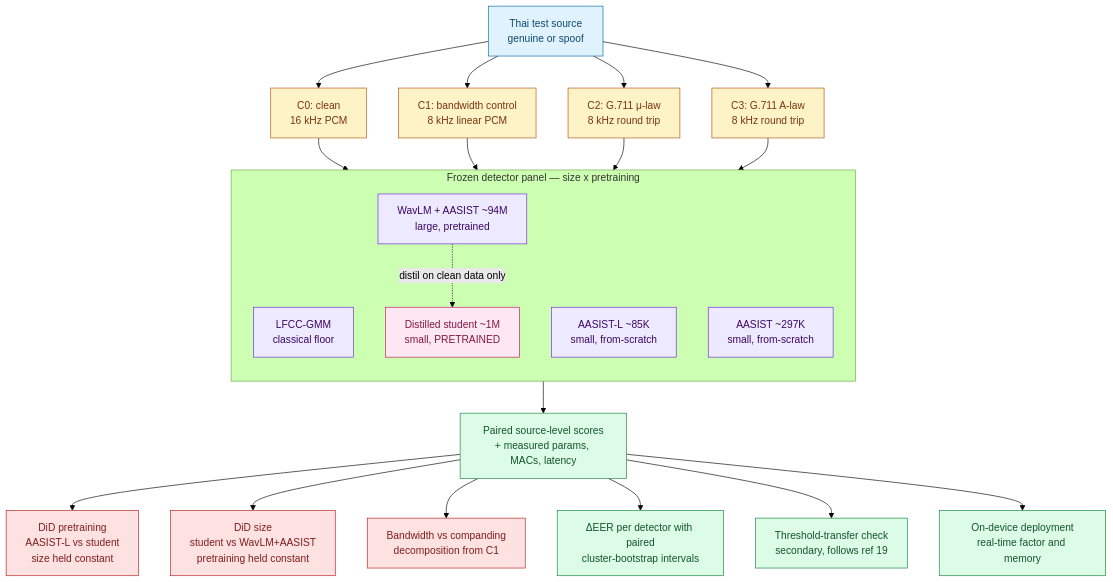
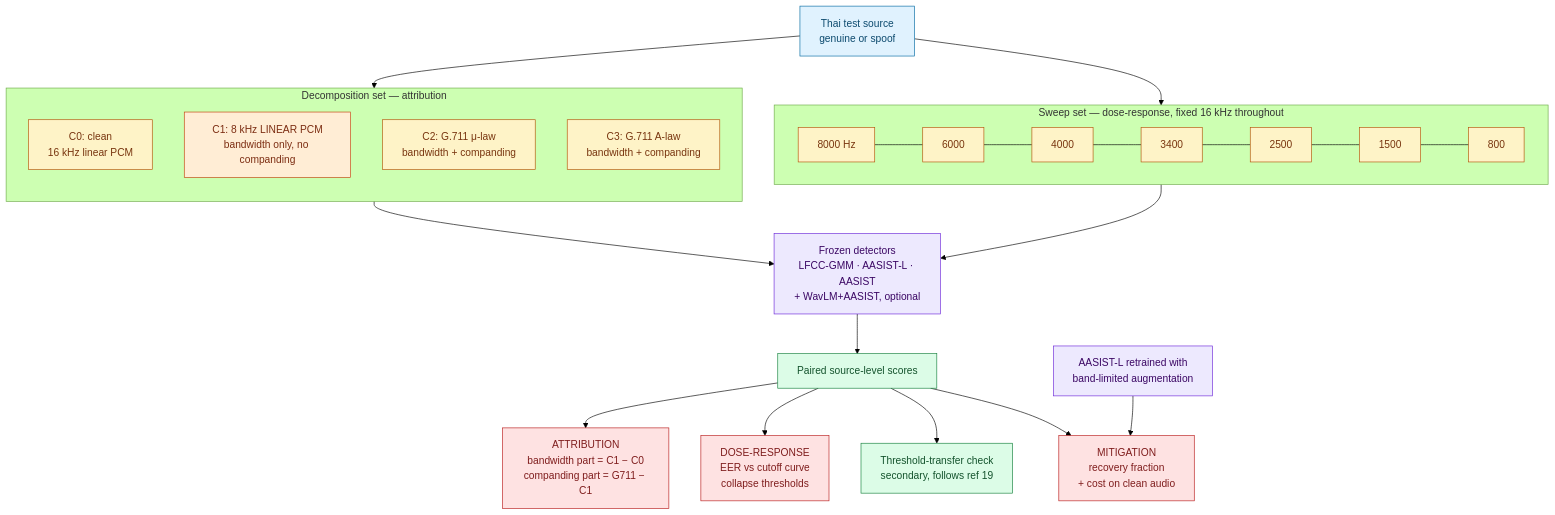
The diagram in docs/architecture.mmd (punyopan/ysc), drawn with Mermaid (forest theme) before and after one commit. The commit also changed 9 other files, not shown here.

```diff
--- a/docs/architecture.mmd
+++ b/docs/architecture.mmd
@@ -1,42 +1,41 @@
 flowchart TB
-    A[Thai test source<br/>genuine or spoof] --> C0[C0: clean<br/>16 kHz PCM]
-    A --> C1[C1: bandwidth control<br/>8 kHz linear PCM]
-    A --> C2[C2: G.711 μ-law<br/>8 kHz round trip]
-    A --> C3[C3: G.711 A-law<br/>8 kHz round trip]
+    A[Thai test source<br/>genuine or spoof] --> DEC
+    A --> SW
 
-    C0 --> D
-    C1 --> D
-    C2 --> D
-    C3 --> D
-
-    subgraph D [Frozen detector panel — size x pretraining]
+    subgraph DEC [Decomposition set — attribution]
         direction TB
-        D1[LFCC-GMM<br/>classical floor]
-        D2[AASIST-L ~85K<br/>small, from-scratch]
-        D3[AASIST ~297K<br/>small, from-scratch]
-        D4[Distilled student ~1M<br/>small, PRETRAINED]
-        D5[WavLM + AASIST ~94M<br/>large, pretrained]
-        D5 -. distil on clean data only .-> D4
+        C0[C0: clean<br/>16 kHz linear PCM]
+        C1[C1: 8 kHz LINEAR PCM<br/>bandwidth only, no companding]
+        C2[C2: G.711 μ-law<br/>bandwidth + companding]
+        C3[C3: G.711 A-law<br/>bandwidth + companding]
     end
 
-    D --> E[Paired source-level scores<br/>+ measured params, MACs, latency]
+    subgraph SW [Sweep set — dose-response, fixed 16 kHz throughout]
+        direction LR
+        S1[8000 Hz] --- S2[6000] --- S3[4000] --- S4[3400] --- S5[2500] --- S6[1500] --- S7[800]
+    end
 
-    E --> I1[DiD pretraining<br/>AASIST-L vs student<br/>size held constant]
-    E --> I2[DiD size<br/>student vs WavLM+AASIST<br/>pretraining held constant]
-    E --> H[Bandwidth vs companding<br/>decomposition from C1]
-    E --> F[ΔEER per detector with paired<br/>cluster-bootstrap intervals]
-    E --> G[Threshold-transfer check<br/>secondary, follows ref 19]
-    E --> J[On-device deployment<br/>real-time factor and memory]
+    DEC --> D[Frozen detectors<br/>LFCC-GMM · AASIST-L · AASIST<br/>+ WavLM+AASIST, optional]
+    SW --> D
+
+    D --> E[Paired source-level scores]
+
+    E --> R1[ATTRIBUTION<br/>bandwidth part = C1 − C0<br/>companding part = G711 − C1]
+    E --> R2[DOSE-RESPONSE<br/>EER vs cutoff curve<br/>collapse thresholds]
+    E --> R4[Threshold-transfer check<br/>secondary, follows ref 19]
+
+    AUG[AASIST-L retrained with<br/>band-limited augmentation] --> R3[MITIGATION<br/>recovery fraction<br/>+ cost on clean audio]
+    E --> R3
 
     classDef source fill:#e0f2fe,stroke:#0369a1,color:#0c4a6e;
     classDef condition fill:#fef3c7,stroke:#b45309,color:#78350f;
+    classDef control fill:#ffedd5,stroke:#c2410c,color:#7c2d12;
     classDef detector fill:#ede9fe,stroke:#6d28d9,color:#3b0764;
-    classDef student fill:#fce7f3,stroke:#be185d,color:#831843;
     classDef analysis fill:#dcfce7,stroke:#15803d,color:#14532d;
     classDef primary fill:#fee2e2,stroke:#b91c1c,color:#7f1d1d;
     class A source;
-    class C0,C1,C2,C3 condition;
-    class D1,D2,D3,D5 detector;
-    class D4 student;
-    class E,F,G,J analysis;
-    class I1,I2,H primary;
+    class C0,C2,C3,S1,S2,S3,S4,S5,S6,S7 condition;
+    class C1 control;
+    class D,AUG detector;
+    class E,R4 analysis;
+    class R1,R2,R3 primary;
```
